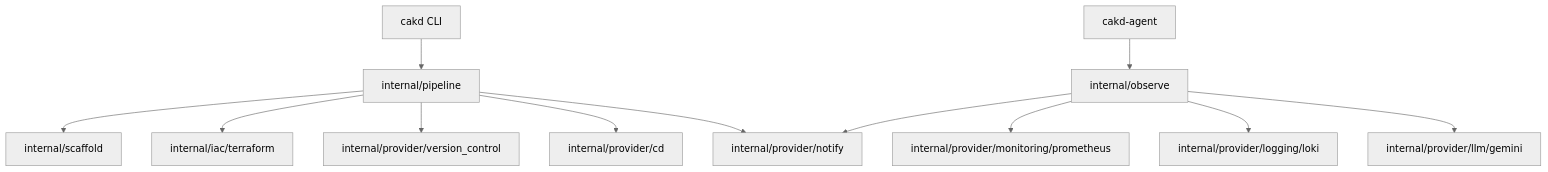
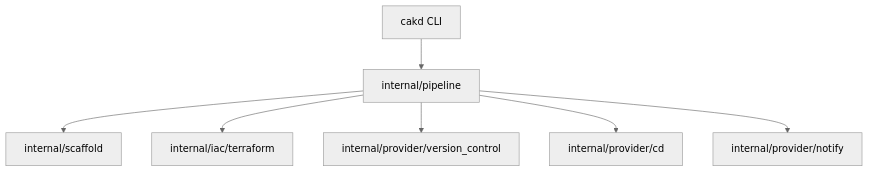
Before and after one commit to nguyentin05/cakd-platform: the diagram in docs/src/content/docs/explanation/architecture.md, drawn with Mermaid (neutral theme). The commit also changed other lines of this file and 8 other files, not shown here.

````diff
--- a/docs/src/content/docs/explanation/architecture.md
+++ b/docs/src/content/docs/explanation/architecture.md
@@ -83,15 +67,9 @@
 ```mermaid
 graph TD
   CLI[cakd CLI] --> Pipeline[internal/pipeline]
   Pipeline --> Scaffold[internal/scaffold]
   Pipeline --> Terraform[internal/iac/terraform]
   Pipeline --> VCS[internal/provider/version_control]
   Pipeline --> CD[internal/provider/cd]
   Pipeline --> Notify[internal/provider/notify]
-
-  Agent[cakd-agent] --> Observe[internal/observe]
-  Observe --> Prom[internal/provider/monitoring/prometheus]
-  Observe --> Loki[internal/provider/logging/loki]
-  Observe --> LLM[internal/provider/llm/gemini]
-  Observe --> Notify
 ```
````
